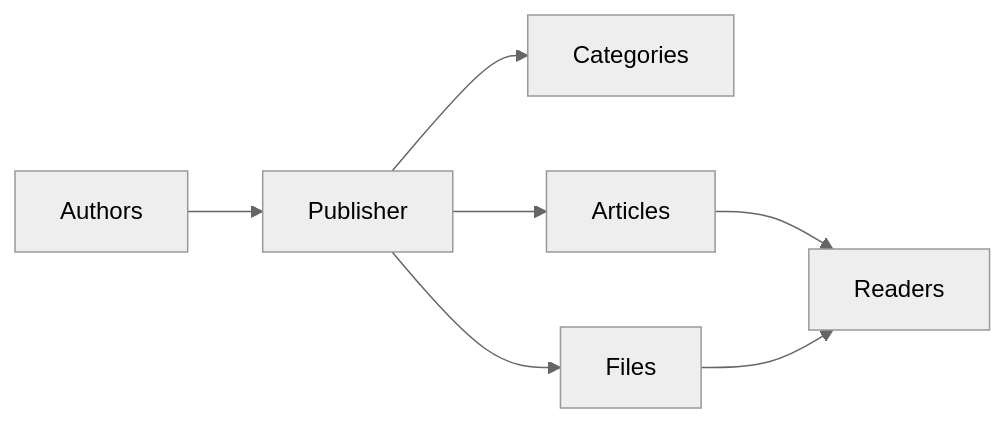
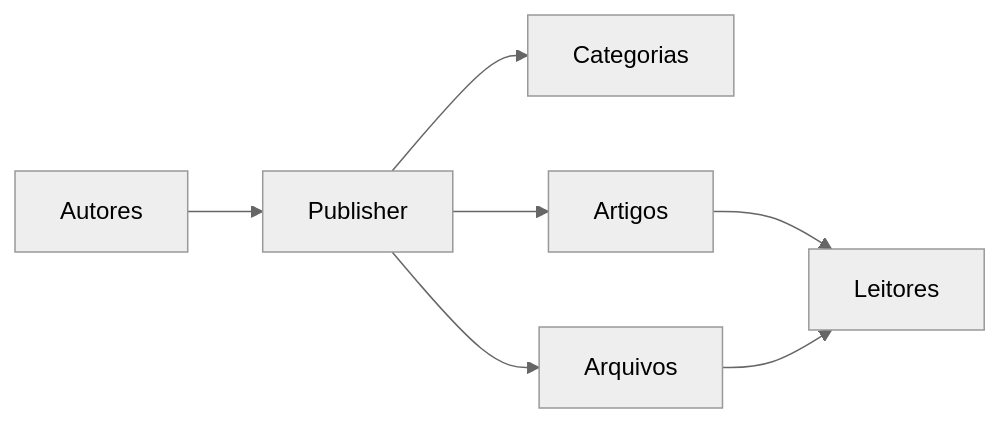
Before and after one commit to mambax7/xoops-docs: the first of 4 diagrams in apps/docs-27/src/content/docs/pt/modules/publisher/user-guide/getting-started.md, drawn with Mermaid (neutral theme). The commit also changed other lines of this file and 162 other files, not shown here.

````diff
--- a/apps/docs-27/src/content/docs/pt/modules/publisher/user-guide/getting-started.md
+++ b/apps/docs-27/src/content/docs/pt/modules/publisher/user-guide/getting-started.md
@@ -21,9 +21,9 @@
 ```mermaid
 graph LR
-    A[Authors] --> B[Publisher]
-    B --> C[Categories]
-    B --> D[Articles]
-    B --> E[Files]
-    D --> F[Readers]
+    A[Autores] --> B[Publisher]
+    B --> C[Categorias]
+    B --> D[Artigos]
+    B --> E[Arquivos]
+    D --> F[Leitores]
     E --> F
 ```
````
